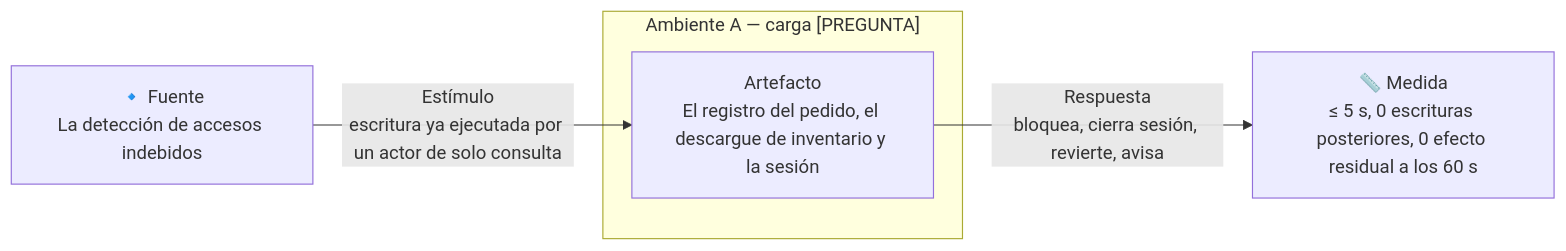
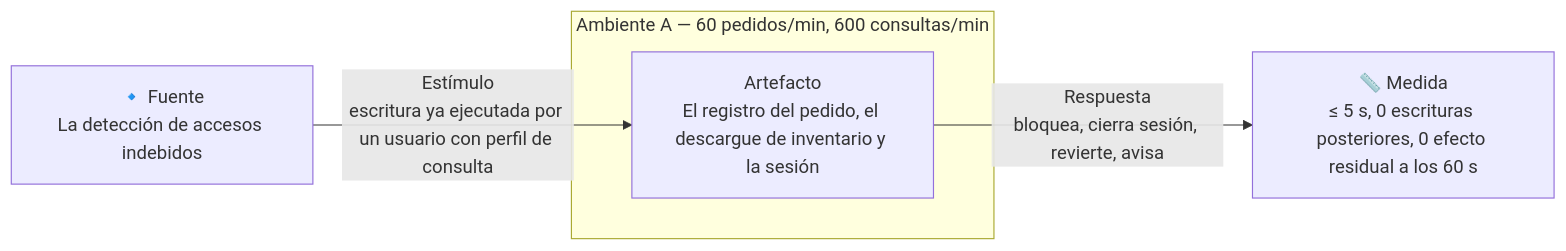
Before and after one commit to MATI-MBIT/arqsoft-reto-2: the second of 4 diagrams in docs/quality-attributes.md, drawn with Mermaid. The commit also changed other lines of this file, not shown here.

First line of the commit message:
Ajusta las fichas de los ASR al formato y fija las cifras de carga

````diff
--- a/docs/quality-attributes.md
+++ b/docs/quality-attributes.md
@@ -110,9 +132,9 @@
 ```mermaid
 flowchart LR
     F["🔹 Fuente<br/>La detección de accesos indebidos"]
-    F -- "Estímulo<br/>escritura ya ejecutada por un actor de solo consulta" --> A
-    subgraph AMB["Ambiente A — carga [PREGUNTA]"]
+    F -- "Estímulo<br/>escritura ya ejecutada por un usuario con perfil de consulta" --> A
+    subgraph AMB["Ambiente A — 60 pedidos/min, 600 consultas/min"]
         A["Artefacto<br/>El registro del pedido, el descargue de inventario y la sesión"]
     end
     A -- "Respuesta<br/>bloquea, cierra sesión, revierte, avisa" --> M["📏 Medida<br/>≤ 5 s, 0 escrituras posteriores, 0 efecto residual a los 60 s"]
 ```
````
